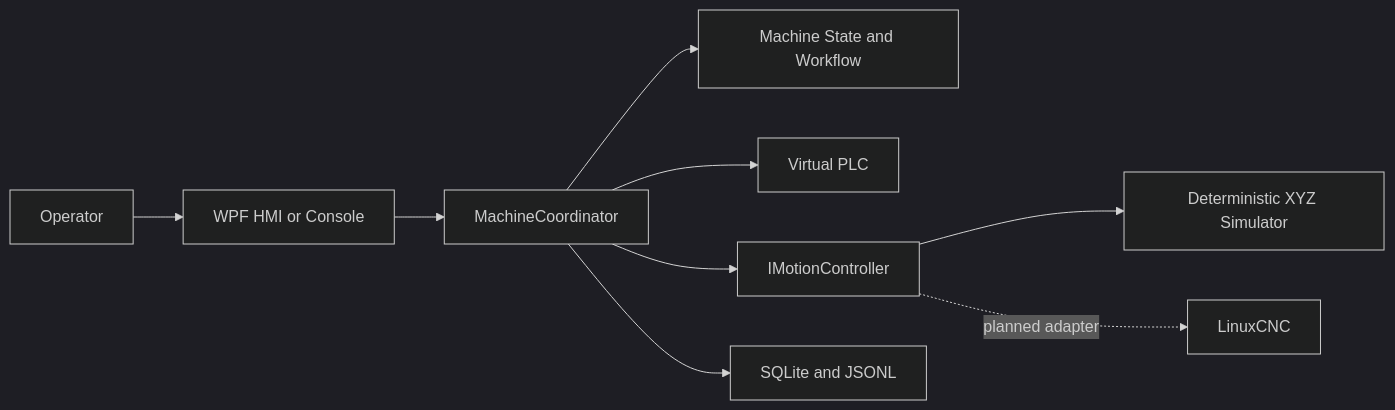
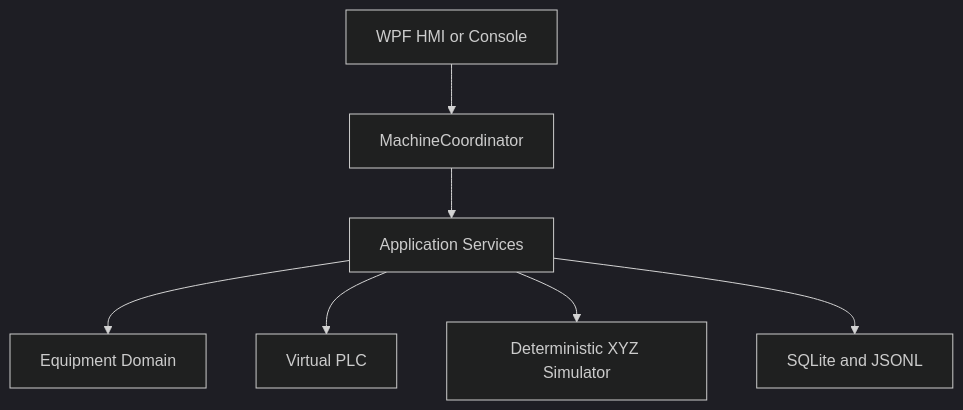
One commit to parthoece/multiaxis-motion-sim changed the second of 3 diagrams in README.md. Above: the diagram before and after it, drawn with Mermaid (dark theme). The commit also changed other lines of this file, not shown here.

````diff
--- a/README.md
+++ b/README.md
@@ -221,13 +223,17 @@
 ```mermaid
-flowchart LR
-    USER[Operator] --> UI[WPF HMI or Console]
-    UI --> COORD[MachineCoordinator]
+flowchart TB
+    UI[WPF HMI or Console]
+    MC[MachineCoordinator]
+    APP[Application Services]
+    DOMAIN[Equipment Domain]
+    PLC[Virtual PLC]
+    MOTION[Deterministic XYZ Simulator]
+    DATA[SQLite and JSONL]
 
-    COORD --> STATE[Machine State and Workflow]
-    COORD --> PLC[Virtual PLC]
-    COORD --> MOTION[IMotionController]
-    COORD --> DATA[SQLite and JSONL]
-
-    MOTION --> SIM[Deterministic XYZ Simulator]
-    MOTION -. planned adapter .-> CNC[LinuxCNC]
+    UI --> MC
+    MC --> APP
+    APP --> DOMAIN
+    APP --> PLC
+    APP --> MOTION
+    APP --> DATA
 ```
````
